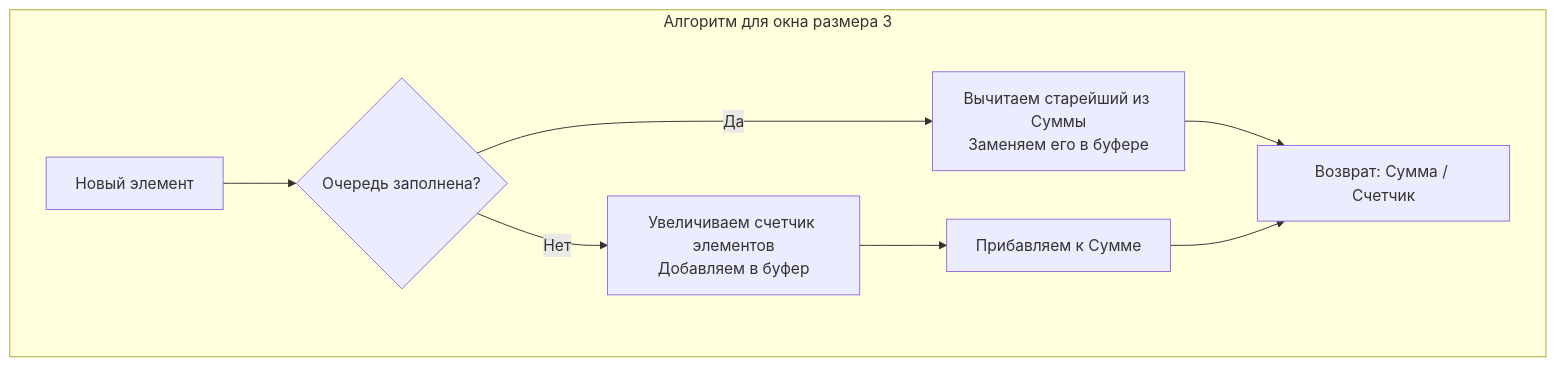
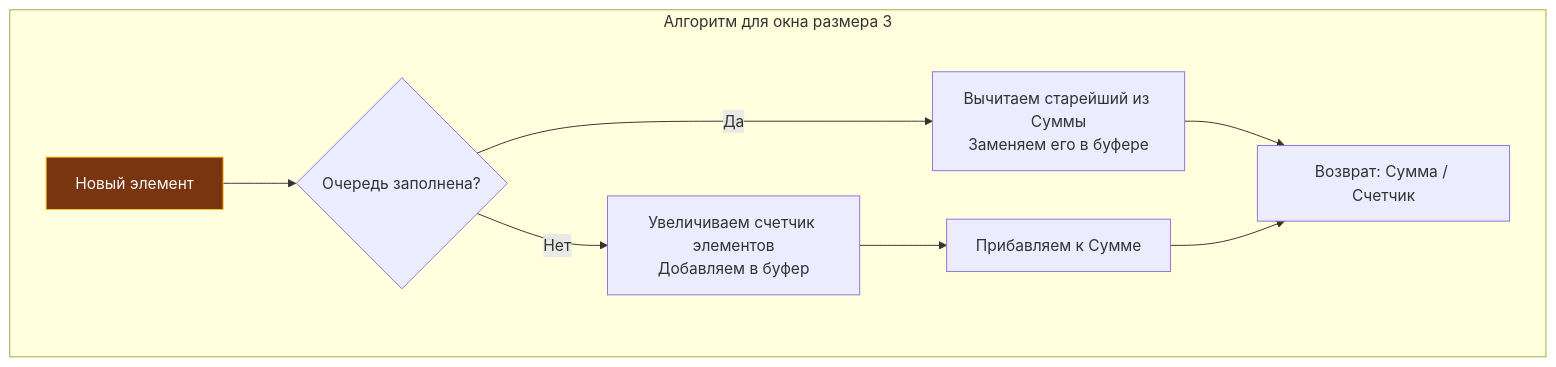
Before and after one commit to UnrealTemplier/go-textbook: the diagram in sources/21. Задачи с LeetCode и собеседований на Go/02. Задачи/07. Очередь/4. Moving Average from Data Stream.md, drawn with Mermaid. The commit also changed 1666 other files, not shown here.

First line of the commit message:
feat(mermaid): add semantic color classDef to 1369 colorless flowchart/graph diagrams

````diff
--- a/sources/21. Задачи с LeetCode и собеседований на Go/02. Задачи/07. Очередь/4. Moving Average from Data Stream.md
+++ b/sources/21. Задачи с LeetCode и собеседований на Go/02. Задачи/07. Очередь/4. Moving Average from Data Stream.md
@@ -23,14 +23,24 @@
 ```mermaid
 flowchart TD
+    classDef process  fill:#1e293b,stroke:#38bdf8,stroke-width:1px,color:#f8fafc
+    classDef success  fill:#064e3b,stroke:#34d399,stroke-width:1px,color:#f8fafc
+    classDef error    fill:#7f1d1d,stroke:#f87171,stroke-width:1px,color:#f8fafc
+    classDef warning  fill:#78350f,stroke:#fbbf24,stroke-width:1px,color:#f8fafc
+    classDef entry    fill:#1e3a5f,stroke:#38bdf8,stroke-width:2px,color:#f8fafc
+    classDef aux      fill:#334155,stroke:#64748b,stroke-width:1px,color:#f8fafc
+    classDef system   fill:#312e81,stroke:#a78bfa,stroke-width:1px,color:#f8fafc
+    classDef data     fill:#132d29,stroke:#2dd4bf,stroke-width:1px,color:#f8fafc
+    classDef network  fill:#881337,stroke:#fb7185,stroke-width:1px,color:#f8fafc
+    classDef accent   fill:#1e1b4b,stroke:#818cf8,stroke-width:1px,color:#f8fafc
     subgraph Алгоритм для окна размера 3
-        New["Новый элемент"] --> Check{"Очередь заполнена?"}
+        New["Новый элемент"]:::warning --> Check{"Очередь заполнена?"}
         
         Check -->|"Да"| Pop["Вычитаем старейший из Суммы<br>Заменяем его в буфере"]
         Pop --> Calc
         
         Check -->|"Нет"| Push["Увеличиваем счетчик элементов<br>Добавляем в буфер"]
         Push --> Add["Прибавляем к Сумме"]
         
         Add --> Calc["Возврат: Сумма / Счетчик"]
     end
 ```
````
